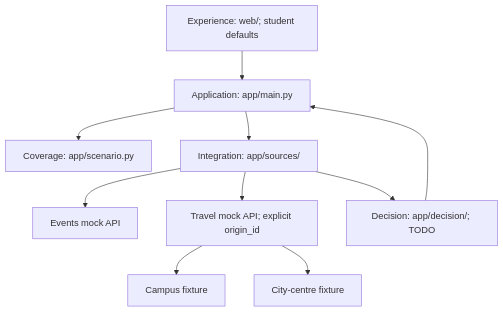
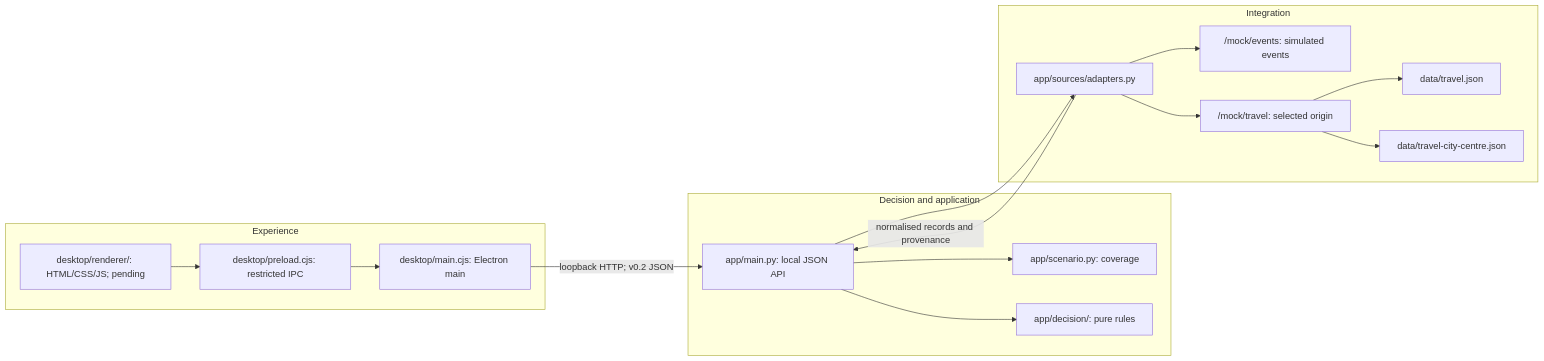
The diagram in docs/ARCHITECTURE.md (wahab-linux/my-jinni), drawn with Mermaid before and after one commit. The commit also changed other lines of this file and 37 other files, not shown here.

Commit message:
Implement PlanScope backend and define Electron desktop handoff

````diff
--- a/docs/ARCHITECTURE.md
+++ b/docs/ARCHITECTURE.md
@@ -5,12 +5,31 @@
 ```mermaid
-flowchart TD
-    UI[Experience: web/; student defaults] --> API[Application: app/main.py]
-    API --> Scenario[Coverage: app/scenario.py]
-    API --> Integration[Integration: app/sources/]
-    Integration --> Events[Events mock API]
-    Integration --> Travel[Travel mock API; explicit origin_id]
-    Travel --> Campus[Campus fixture]
-    Travel --> City[City-centre fixture]
-    Integration --> Decision[Decision: app/decision/; TODO]
-    Decision --> API
+flowchart LR
+    subgraph Experience
+        Renderer["desktop/renderer/: HTML/CSS/JS; pending"]
+        Bridge["desktop/preload.cjs: restricted IPC"]
+        Main["desktop/main.cjs: Electron main"]
+        Renderer --> Bridge
+        Bridge --> Main
+    end
+    subgraph DecisionApplication[Decision and application]
+        API["app/main.py: local JSON API"]
+        Scenario["app/scenario.py: coverage"]
+        Engine["app/decision/: pure rules"]
+        API --> Scenario
+        API --> Engine
+    end
+    subgraph Integration
+        Adapters["app/sources/adapters.py"]
+        Events["/mock/events: simulated events"]
+        Travel["/mock/travel: selected origin"]
+        Campus["data/travel.json"]
+        City["data/travel-city-centre.json"]
+        Adapters --> Events
+        Adapters --> Travel
+        Travel --> Campus
+        Travel --> City
+    end
+    Main -->|"loopback HTTP; v0.2 JSON"| API
+    API --> Adapters
+    Adapters -->|"normalised records and provenance"| API
 ```
````
